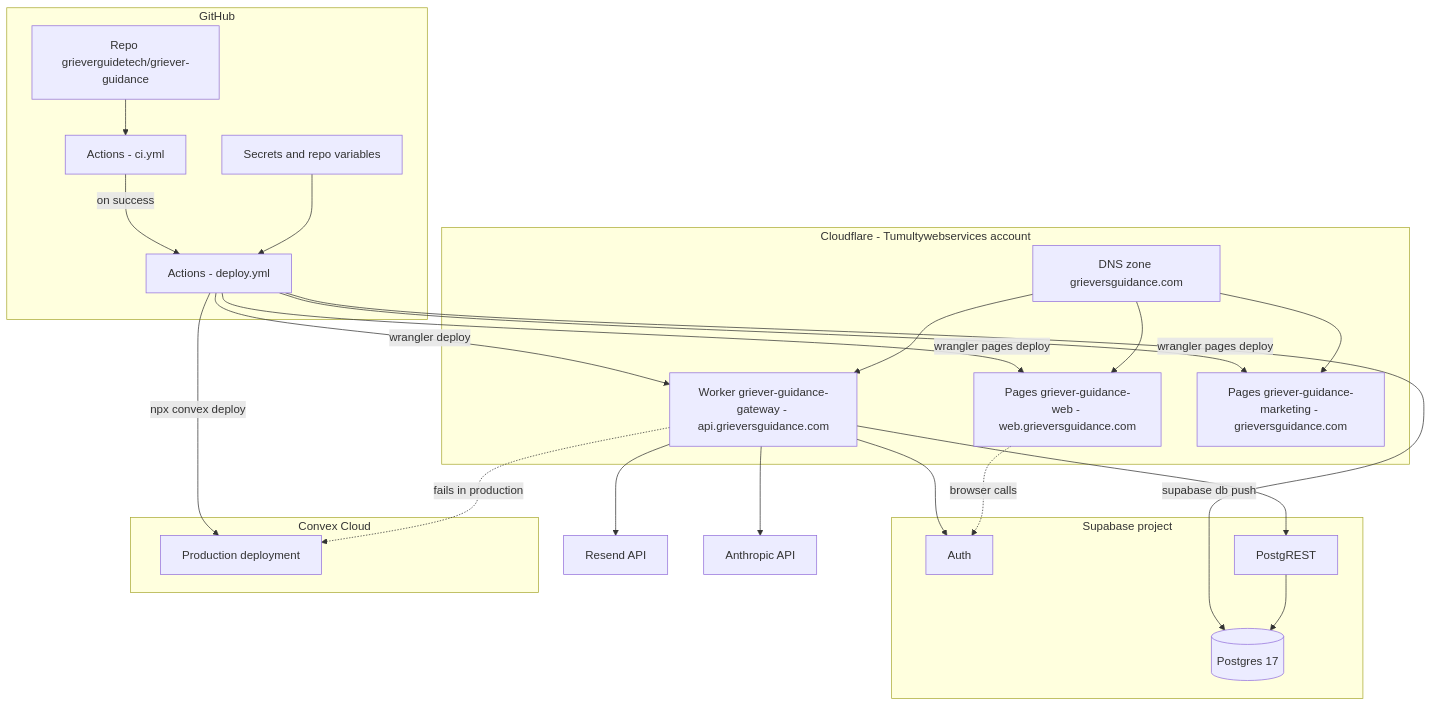
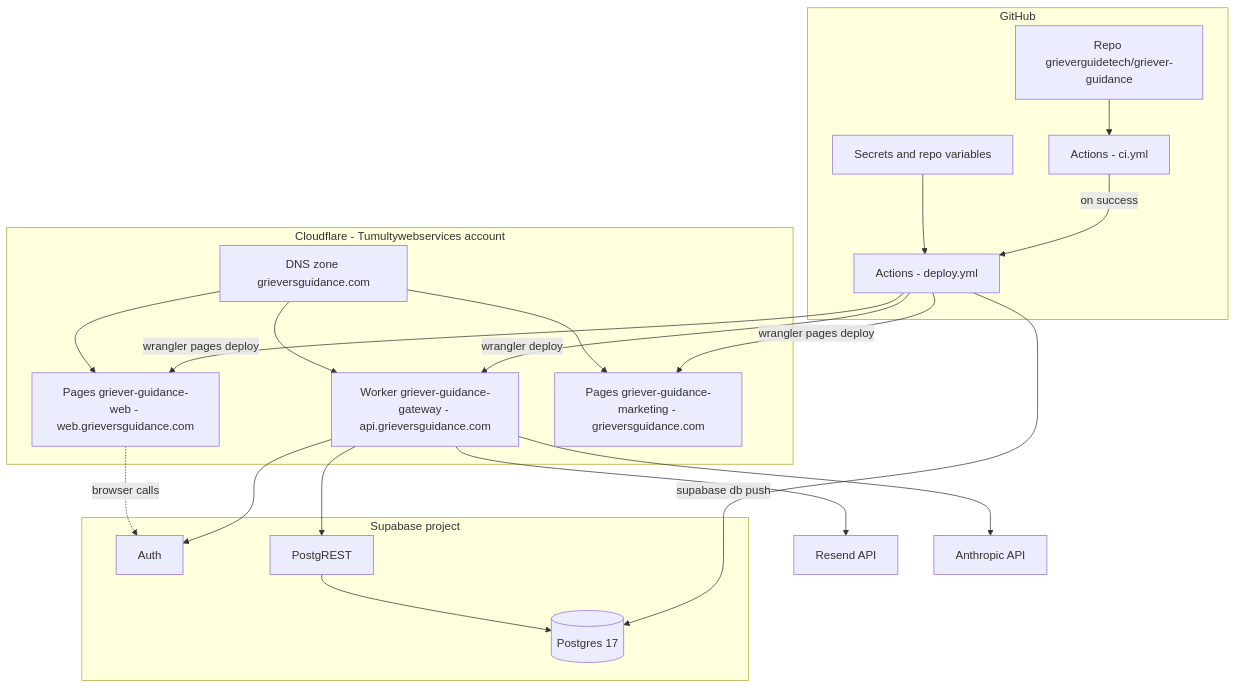
Before and after one commit to grieverguidetech/griever-guidance: the eighth of 8 diagrams in docs/backend-services.md, drawn with Mermaid. The commit also changed other lines of this file and 56 other files, not shown here.

````diff
--- a/docs/backend-services.md
+++ b/docs/backend-services.md
@@ -762,48 +691,42 @@
 ```mermaid
 flowchart TB
   subgraph GHA["GitHub"]
     REPO["Repo grieverguidetech/griever-guidance"]
     CIW["Actions - ci.yml"]
     DPW["Actions - deploy.yml"]
     SEC["Secrets and repo variables"]
   end
 
   subgraph CFN["Cloudflare - Tumultywebservices account"]
     DNS["DNS zone grieversguidance.com"]
     WKR["Worker griever-guidance-gateway - api.grieversguidance.com"]
     PWEB["Pages griever-guidance-web - web.grieversguidance.com"]
     PMKT["Pages griever-guidance-marketing - grieversguidance.com"]
   end
 
   subgraph SUP["Supabase project"]
     SAUTH["Auth"]
     SREST["PostgREST"]
     SPG[("Postgres 17")]
   end
 
-  subgraph CVXC["Convex Cloud"]
-    CVXP["Production deployment"]
-  end
-
   RSD["Resend API"]
   ANT["Anthropic API"]
 
   REPO --> CIW
   CIW -->|"on success"| DPW
   SEC --> DPW
   DPW -->|"supabase db push"| SPG
-  DPW -->|"npx convex deploy"| CVXP
   DPW -->|"wrangler deploy"| WKR
   DPW -->|"wrangler pages deploy"| PWEB
   DPW -->|"wrangler pages deploy"| PMKT
   DNS --> WKR
   DNS --> PWEB
   DNS --> PMKT
   WKR --> SAUTH
   WKR --> SREST
   SREST --> SPG
   WKR --> RSD
   WKR --> ANT
-  WKR -.->|"fails in production"| CVXP
   PWEB -.->|"browser calls"| SAUTH
 ```
````
